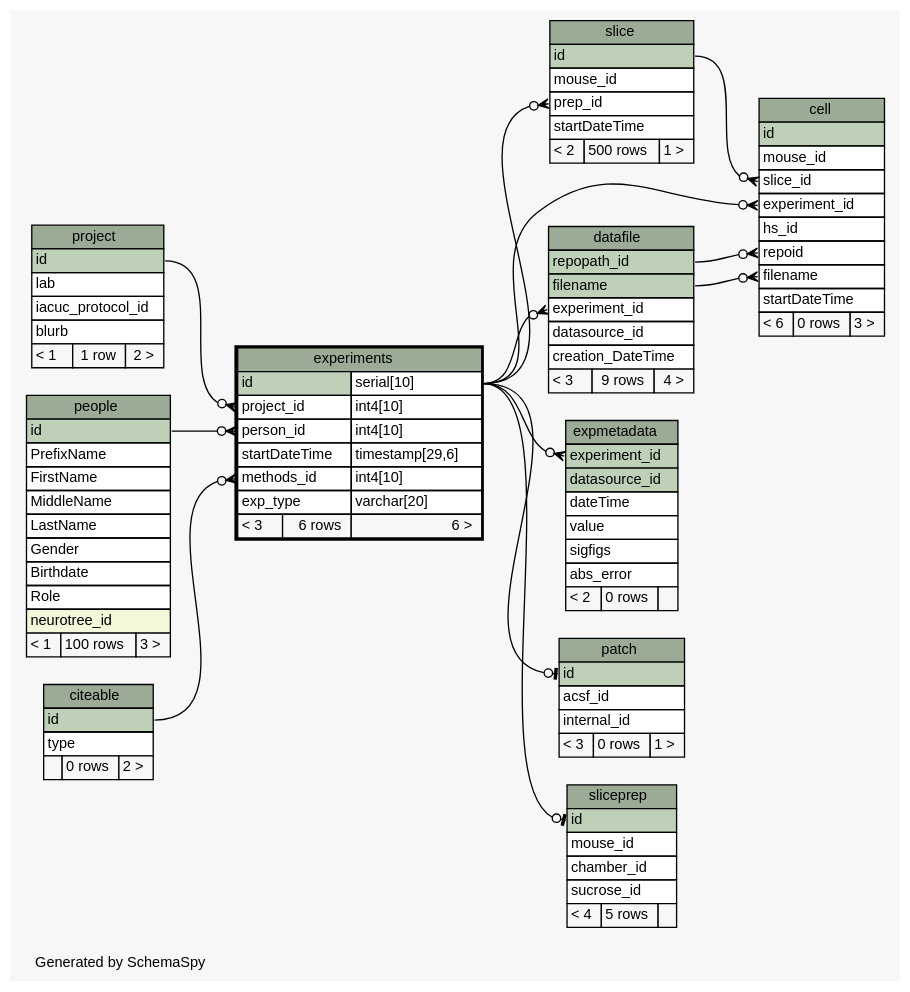
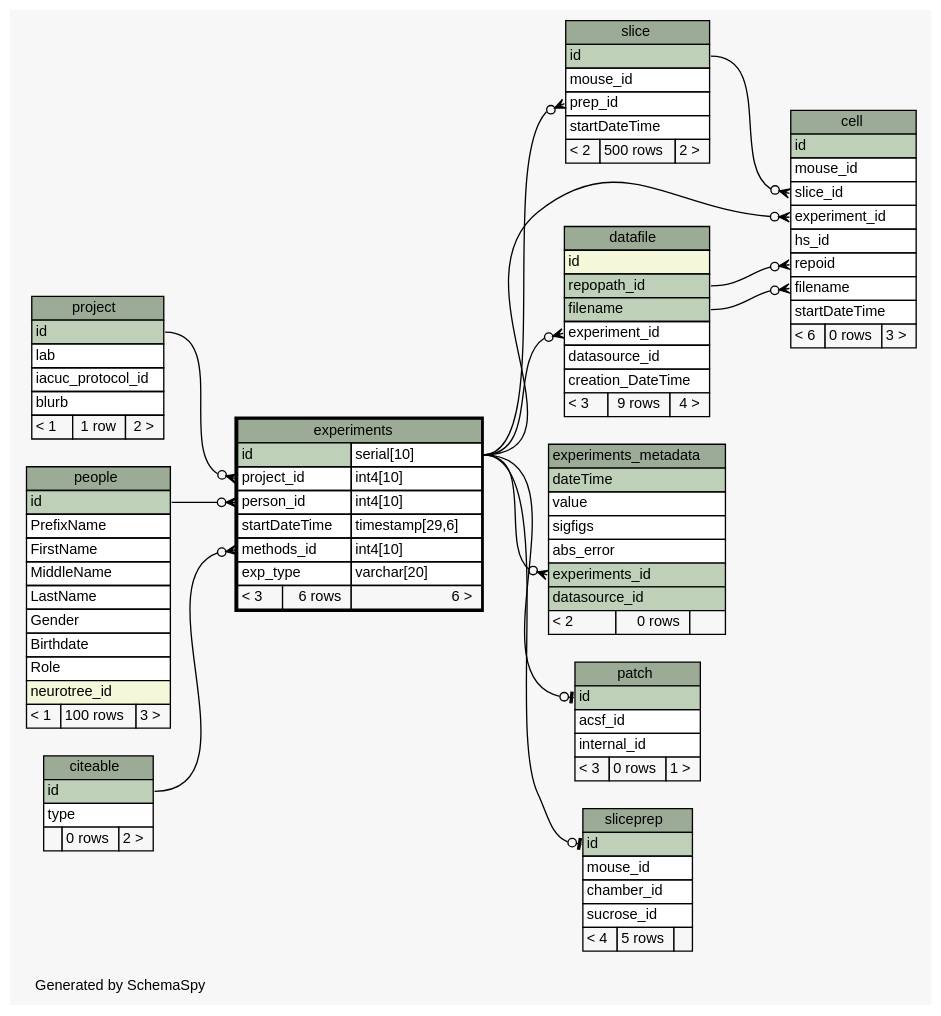
Before and after one commit to tgbugs/mlab: the diagram in database/ss/diagrams/experiments.1degree.dot, drawn with Graphviz. The commit also changed 153 other files, not shown here.

```diff
--- a/database/ss/diagrams/experiments.1degree.dot
+++ b/database/ss/diagrams/experiments.1degree.dot
@@ -1,175 +1,176 @@
 // dot 2.32.0 on Windows 7 6.1
 // SchemaSpy rev 590
 digraph "oneDegreeRelationshipsDiagram" {
   graph [
     rankdir="RL"
     bgcolor="#f7f7f7"
     label="\nGenerated by SchemaSpy"
     labeljust="l"
     nodesep="0.18"
     ranksep="0.46"
     fontname="Helvetica"
     fontsize="11"
   ];
   node [
     fontname="Helvetica"
     fontsize="11"
     shape="plaintext"
   ];
   edge [
     arrowsize="0.8"
   ];
   "cell":"experiment_id":w -> "experiments":"id.type":e [arrowhead=none dir=back arrowtail=crowodot];
   "cell":"filename":w -> "datafile":"filename":e [arrowhead=none dir=back arrowtail=crowodot];
   "cell":"repoid":w -> "datafile":"repopath_id":e [arrowhead=none dir=back arrowtail=crowodot];
   "cell":"slice_id":w -> "slice":"id":e [arrowhead=none dir=back arrowtail=crowodot];
   "datafile":"experiment_id":w -> "experiments":"id.type":e [arrowhead=none dir=back arrowtail=crowodot];
   "experiments":"methods_id":w -> "citeable":"id":e [arrowhead=none dir=back arrowtail=crowodot];
   "experiments":"person_id":w -> "people":"id":e [arrowhead=none dir=back arrowtail=crowodot];
   "experiments":"project_id":w -> "project":"id":e [arrowhead=none dir=back arrowtail=crowodot];
-  "expmetadata":"experiment_id":w -> "experiments":"id.type":e [arrowhead=none dir=back arrowtail=crowodot];
+  "experiments_metadata":"experiments_id":w -> "experiments":"id.type":e [arrowhead=none dir=back arrowtail=crowodot];
   "patch":"id":w -> "experiments":"id.type":e [arrowhead=none dir=back arrowtail=teeodot];
   "slice":"prep_id":w -> "experiments":"id.type":e [arrowhead=none dir=back arrowtail=crowodot];
   "sliceprep":"id":w -> "experiments":"id.type":e [arrowhead=none dir=back arrowtail=teeodot];
   "cell" [
     label=<
     <TABLE BORDER="0" CELLBORDER="1" CELLSPACING="0" BGCOLOR="#ffffff">
       <TR><TD COLSPAN="3" BGCOLOR="#9bab96" ALIGN="CENTER">cell</TD></TR>
       <TR><TD PORT="id" COLSPAN="3" BGCOLOR="#bed1b8" ALIGN="LEFT">id</TD></TR>
       <TR><TD PORT="mouse_id" COLSPAN="3" ALIGN="LEFT">mouse_id</TD></TR>
       <TR><TD PORT="slice_id" COLSPAN="3" ALIGN="LEFT">slice_id</TD></TR>
       <TR><TD PORT="experiment_id" COLSPAN="3" ALIGN="LEFT">experiment_id</TD></TR>
       <TR><TD PORT="hs_id" COLSPAN="3" ALIGN="LEFT">hs_id</TD></TR>
       <TR><TD PORT="repoid" COLSPAN="3" ALIGN="LEFT">repoid</TD></TR>
       <TR><TD PORT="filename" COLSPAN="3" ALIGN="LEFT">filename</TD></TR>
       <TR><TD PORT="startDateTime" COLSPAN="3" ALIGN="LEFT">startDateTime</TD></TR>
       <TR><TD ALIGN="LEFT" BGCOLOR="#f7f7f7">&lt; 6</TD><TD ALIGN="RIGHT" BGCOLOR="#f7f7f7">0 rows</TD><TD ALIGN="RIGHT" BGCOLOR="#f7f7f7">3 &gt;</TD></TR>
     </TABLE>>
     URL="cell.html"
     tooltip="cell"
   ];
   "citeable" [
     label=<
     <TABLE BORDER="0" CELLBORDER="1" CELLSPACING="0" BGCOLOR="#ffffff">
       <TR><TD COLSPAN="3" BGCOLOR="#9bab96" ALIGN="CENTER">citeable</TD></TR>
       <TR><TD PORT="id" COLSPAN="3" BGCOLOR="#bed1b8" ALIGN="LEFT">id</TD></TR>
       <TR><TD PORT="type" COLSPAN="3" ALIGN="LEFT">type</TD></TR>
       <TR><TD ALIGN="LEFT" BGCOLOR="#f7f7f7">  </TD><TD ALIGN="RIGHT" BGCOLOR="#f7f7f7">0 rows</TD><TD ALIGN="RIGHT" BGCOLOR="#f7f7f7">2 &gt;</TD></TR>
     </TABLE>>
     URL="citeable.html"
     tooltip="citeable"
   ];
   "datafile" [
     label=<
     <TABLE BORDER="0" CELLBORDER="1" CELLSPACING="0" BGCOLOR="#ffffff">
       <TR><TD COLSPAN="3" BGCOLOR="#9bab96" ALIGN="CENTER">datafile</TD></TR>
+      <TR><TD PORT="id" COLSPAN="3" BGCOLOR="#f4f7da" ALIGN="LEFT">id</TD></TR>
       <TR><TD PORT="repopath_id" COLSPAN="3" BGCOLOR="#bed1b8" ALIGN="LEFT">repopath_id</TD></TR>
       <TR><TD PORT="filename" COLSPAN="3" BGCOLOR="#bed1b8" ALIGN="LEFT">filename</TD></TR>
       <TR><TD PORT="experiment_id" COLSPAN="3" ALIGN="LEFT">experiment_id</TD></TR>
       <TR><TD PORT="datasource_id" COLSPAN="3" ALIGN="LEFT">datasource_id</TD></TR>
       <TR><TD PORT="creation_DateTime" COLSPAN="3" ALIGN="LEFT">creation_DateTime</TD></TR>
       <TR><TD ALIGN="LEFT" BGCOLOR="#f7f7f7">&lt; 3</TD><TD ALIGN="RIGHT" BGCOLOR="#f7f7f7">9 rows</TD><TD ALIGN="RIGHT" BGCOLOR="#f7f7f7">4 &gt;</TD></TR>
     </TABLE>>
     URL="datafile.html"
     tooltip="datafile"
   ];
   "experiments" [
     label=<
     <TABLE BORDER="2" CELLBORDER="1" CELLSPACING="0" BGCOLOR="#ffffff">
       <TR><TD COLSPAN="3" BGCOLOR="#9bab96" ALIGN="CENTER">experiments</TD></TR>
       <TR><TD PORT="id" COLSPAN="2" BGCOLOR="#bed1b8" ALIGN="LEFT">id</TD><TD PORT="id.type" ALIGN="LEFT">serial[10]</TD></TR>
       <TR><TD PORT="project_id" COLSPAN="2" ALIGN="LEFT">project_id</TD><TD PORT="project_id.type" ALIGN="LEFT">int4[10]</TD></TR>
       <TR><TD PORT="person_id" COLSPAN="2" ALIGN="LEFT">person_id</TD><TD PORT="person_id.type" ALIGN="LEFT">int4[10]</TD></TR>
       <TR><TD PORT="startDateTime" COLSPAN="2" ALIGN="LEFT">startDateTime</TD><TD PORT="startDateTime.type" ALIGN="LEFT">timestamp[29,6]</TD></TR>
       <TR><TD PORT="methods_id" COLSPAN="2" ALIGN="LEFT">methods_id</TD><TD PORT="methods_id.type" ALIGN="LEFT">int4[10]</TD></TR>
       <TR><TD PORT="exp_type" COLSPAN="2" ALIGN="LEFT">exp_type</TD><TD PORT="exp_type.type" ALIGN="LEFT">varchar[20]</TD></TR>
       <TR><TD ALIGN="LEFT" BGCOLOR="#f7f7f7">&lt; 3</TD><TD ALIGN="RIGHT" BGCOLOR="#f7f7f7">6 rows</TD><TD ALIGN="RIGHT" BGCOLOR="#f7f7f7">6 &gt;</TD></TR>
     </TABLE>>
     URL="experiments.html"
     tooltip="experiments"
   ];
-  "expmetadata" [
+  "experiments_metadata" [
     label=<
     <TABLE BORDER="0" CELLBORDER="1" CELLSPACING="0" BGCOLOR="#ffffff">
-      <TR><TD COLSPAN="3" BGCOLOR="#9bab96" ALIGN="CENTER">expmetadata</TD></TR>
-      <TR><TD PORT="experiment_id" COLSPAN="3" BGCOLOR="#bed1b8" ALIGN="LEFT">experiment_id</TD></TR>
-      <TR><TD PORT="datasource_id" COLSPAN="3" BGCOLOR="#bed1b8" ALIGN="LEFT">datasource_id</TD></TR>
-      <TR><TD PORT="dateTime" COLSPAN="3" ALIGN="LEFT">dateTime</TD></TR>
+      <TR><TD COLSPAN="3" BGCOLOR="#9bab96" ALIGN="CENTER">experiments_metadata</TD></TR>
+      <TR><TD PORT="dateTime" COLSPAN="3" BGCOLOR="#bed1b8" ALIGN="LEFT">dateTime</TD></TR>
       <TR><TD PORT="value" COLSPAN="3" ALIGN="LEFT">value</TD></TR>
       <TR><TD PORT="sigfigs" COLSPAN="3" ALIGN="LEFT">sigfigs</TD></TR>
       <TR><TD PORT="abs_error" COLSPAN="3" ALIGN="LEFT">abs_error</TD></TR>
+      <TR><TD PORT="experiments_id" COLSPAN="3" BGCOLOR="#bed1b8" ALIGN="LEFT">experiments_id</TD></TR>
+      <TR><TD PORT="datasource_id" COLSPAN="3" BGCOLOR="#bed1b8" ALIGN="LEFT">datasource_id</TD></TR>
       <TR><TD ALIGN="LEFT" BGCOLOR="#f7f7f7">&lt; 2</TD><TD ALIGN="RIGHT" BGCOLOR="#f7f7f7">0 rows</TD><TD ALIGN="RIGHT" BGCOLOR="#f7f7f7">  </TD></TR>
     </TABLE>>
-    URL="expmetadata.html"
-    tooltip="expmetadata"
+    URL="experiments_metadata.html"
+    tooltip="experiments_metadata"
   ];
   "patch" [
     label=<
     <TABLE BORDER="0" CELLBORDER="1" CELLSPACING="0" BGCOLOR="#ffffff">
       <TR><TD COLSPAN="3" BGCOLOR="#9bab96" ALIGN="CENTER">patch</TD></TR>
       <TR><TD PORT="id" COLSPAN="3" BGCOLOR="#bed1b8" ALIGN="LEFT">id</TD></TR>
       <TR><TD PORT="acsf_id" COLSPAN="3" ALIGN="LEFT">acsf_id</TD></TR>
       <TR><TD PORT="internal_id" COLSPAN="3" ALIGN="LEFT">internal_id</TD></TR>
       <TR><TD ALIGN="LEFT" BGCOLOR="#f7f7f7">&lt; 3</TD><TD ALIGN="RIGHT" BGCOLOR="#f7f7f7">0 rows</TD><TD ALIGN="RIGHT" BGCOLOR="#f7f7f7">1 &gt;</TD></TR>
     </TABLE>>
     URL="patch.html"
     tooltip="patch"
   ];
   "people" [
     label=<
     <TABLE BORDER="0" CELLBORDER="1" CELLSPACING="0" BGCOLOR="#ffffff">
       <TR><TD COLSPAN="3" BGCOLOR="#9bab96" ALIGN="CENTER">people</TD></TR>
       <TR><TD PORT="id" COLSPAN="3" BGCOLOR="#bed1b8" ALIGN="LEFT">id</TD></TR>
       <TR><TD PORT="PrefixName" COLSPAN="3" ALIGN="LEFT">PrefixName</TD></TR>
       <TR><TD PORT="FirstName" COLSPAN="3" ALIGN="LEFT">FirstName</TD></TR>
       <TR><TD PORT="MiddleName" COLSPAN="3" ALIGN="LEFT">MiddleName</TD></TR>
       <TR><TD PORT="LastName" COLSPAN="3" ALIGN="LEFT">LastName</TD></TR>
       <TR><TD PORT="Gender" COLSPAN="3" ALIGN="LEFT">Gender</TD></TR>
       <TR><TD PORT="Birthdate" COLSPAN="3" ALIGN="LEFT">Birthdate</TD></TR>
       <TR><TD PORT="Role" COLSPAN="3" ALIGN="LEFT">Role</TD></TR>
       <TR><TD PORT="neurotree_id" COLSPAN="3" BGCOLOR="#f4f7da" ALIGN="LEFT">neurotree_id</TD></TR>
       <TR><TD ALIGN="LEFT" BGCOLOR="#f7f7f7">&lt; 1</TD><TD ALIGN="RIGHT" BGCOLOR="#f7f7f7">100 rows</TD><TD ALIGN="RIGHT" BGCOLOR="#f7f7f7">3 &gt;</TD></TR>
     </TABLE>>
     URL="people.html"
     tooltip="people"
   ];
   "project" [
     label=<
     <TABLE BORDER="0" CELLBORDER="1" CELLSPACING="0" BGCOLOR="#ffffff">
       <TR><TD COLSPAN="3" BGCOLOR="#9bab96" ALIGN="CENTER">project</TD></TR>
       <TR><TD PORT="id" COLSPAN="3" BGCOLOR="#bed1b8" ALIGN="LEFT">id</TD></TR>
       <TR><TD PORT="lab" COLSPAN="3" ALIGN="LEFT">lab</TD></TR>
       <TR><TD PORT="iacuc_protocol_id" COLSPAN="3" ALIGN="LEFT">iacuc_protocol_id</TD></TR>
       <TR><TD PORT="blurb" COLSPAN="3" ALIGN="LEFT">blurb</TD></TR>
       <TR><TD ALIGN="LEFT" BGCOLOR="#f7f7f7">&lt; 1</TD><TD ALIGN="RIGHT" BGCOLOR="#f7f7f7">1 row</TD><TD ALIGN="RIGHT" BGCOLOR="#f7f7f7">2 &gt;</TD></TR>
     </TABLE>>
     URL="project.html"
     tooltip="project"
   ];
   "slice" [
     label=<
     <TABLE BORDER="0" CELLBORDER="1" CELLSPACING="0" BGCOLOR="#ffffff">
       <TR><TD COLSPAN="3" BGCOLOR="#9bab96" ALIGN="CENTER">slice</TD></TR>
       <TR><TD PORT="id" COLSPAN="3" BGCOLOR="#bed1b8" ALIGN="LEFT">id</TD></TR>
       <TR><TD PORT="mouse_id" COLSPAN="3" ALIGN="LEFT">mouse_id</TD></TR>
       <TR><TD PORT="prep_id" COLSPAN="3" ALIGN="LEFT">prep_id</TD></TR>
       <TR><TD PORT="startDateTime" COLSPAN="3" ALIGN="LEFT">startDateTime</TD></TR>
-      <TR><TD ALIGN="LEFT" BGCOLOR="#f7f7f7">&lt; 2</TD><TD ALIGN="RIGHT" BGCOLOR="#f7f7f7">500 rows</TD><TD ALIGN="RIGHT" BGCOLOR="#f7f7f7">1 &gt;</TD></TR>
+      <TR><TD ALIGN="LEFT" BGCOLOR="#f7f7f7">&lt; 2</TD><TD ALIGN="RIGHT" BGCOLOR="#f7f7f7">500 rows</TD><TD ALIGN="RIGHT" BGCOLOR="#f7f7f7">2 &gt;</TD></TR>
     </TABLE>>
     URL="slice.html"
     tooltip="slice"
   ];
   "sliceprep" [
     label=<
     <TABLE BORDER="0" CELLBORDER="1" CELLSPACING="0" BGCOLOR="#ffffff">
       <TR><TD COLSPAN="3" BGCOLOR="#9bab96" ALIGN="CENTER">sliceprep</TD></TR>
       <TR><TD PORT="id" COLSPAN="3" BGCOLOR="#bed1b8" ALIGN="LEFT">id</TD></TR>
       <TR><TD PORT="mouse_id" COLSPAN="3" ALIGN="LEFT">mouse_id</TD></TR>
       <TR><TD PORT="chamber_id" COLSPAN="3" ALIGN="LEFT">chamber_id</TD></TR>
       <TR><TD PORT="sucrose_id" COLSPAN="3" ALIGN="LEFT">sucrose_id</TD></TR>
       <TR><TD ALIGN="LEFT" BGCOLOR="#f7f7f7">&lt; 4</TD><TD ALIGN="RIGHT" BGCOLOR="#f7f7f7">5 rows</TD><TD ALIGN="RIGHT" BGCOLOR="#f7f7f7">  </TD></TR>
     </TABLE>>
     URL="sliceprep.html"
     tooltip="sliceprep"
   ];
 }
```
